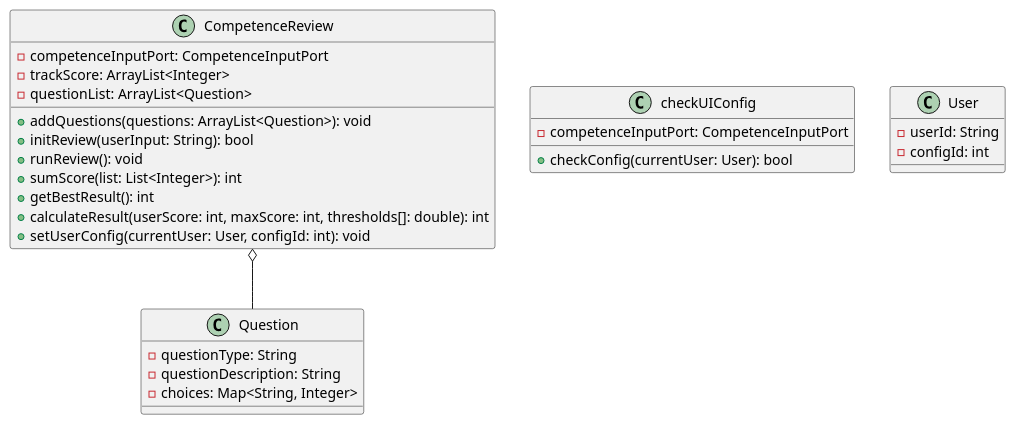
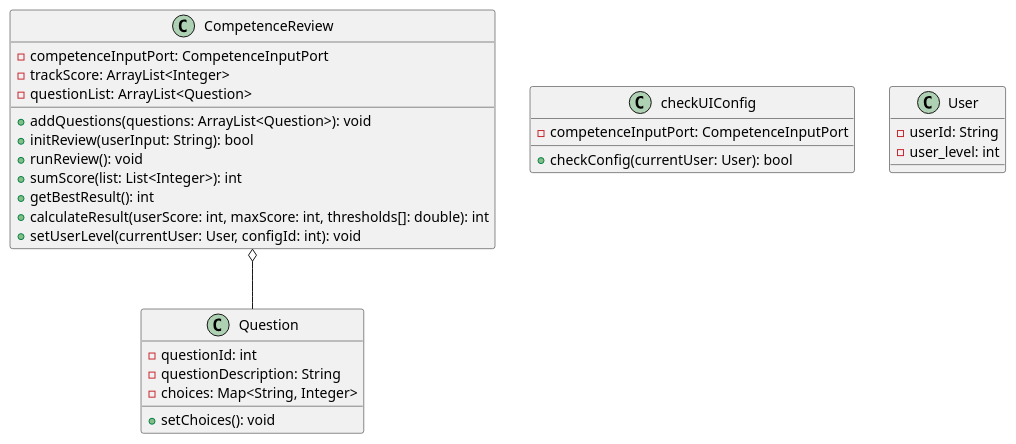
The diagram in SET_gruppe_13/src/main/java/no/hiof/g13/uml/competence_reviewUML.puml (MaRoeIT/SoftwareEng_Gruppe_13), drawn with PlantUML before and after one commit. The commit also changed 6 other files, not shown here.

```diff
--- a/SET_gruppe_13/src/main/java/no/hiof/g13/uml/competence_reviewUML.puml
+++ b/SET_gruppe_13/src/main/java/no/hiof/g13/uml/competence_reviewUML.puml
@@ -1,37 +1,39 @@
 @startuml
 'https://plantuml.com/class-diagram
 
 class CompetenceReview {
     -competenceInputPort: CompetenceInputPort
     -trackScore: ArrayList<Integer>
     -questionList: ArrayList<Question>
 
     +addQuestions(questions: ArrayList<Question>): void
     +initReview(userInput: String): bool
     +runReview(): void
     +sumScore(list: List<Integer>): int
     +getBestResult(): int
     +calculateResult(userScore: int, maxScore: int, thresholds[]: double): int
-    +setUserConfig(currentUser: User, configId: int): void
+    +setUserLevel(currentUser: User, configId: int): void
 }
 
 class checkUIConfig {
     -competenceInputPort: CompetenceInputPort
 
     +checkConfig(currentUser: User): bool
 
 }
 
 class Question {
-    -questionType: String
+    -questionId: int
     -questionDescription: String
     -choices: Map<String, Integer>
+
+    +setChoices(): void
 }
 
 class User {
     -userId: String
-    -configId: int
+    -user_level: int
 }
 
 CompetenceReview o-- Question
 @enduml
```
